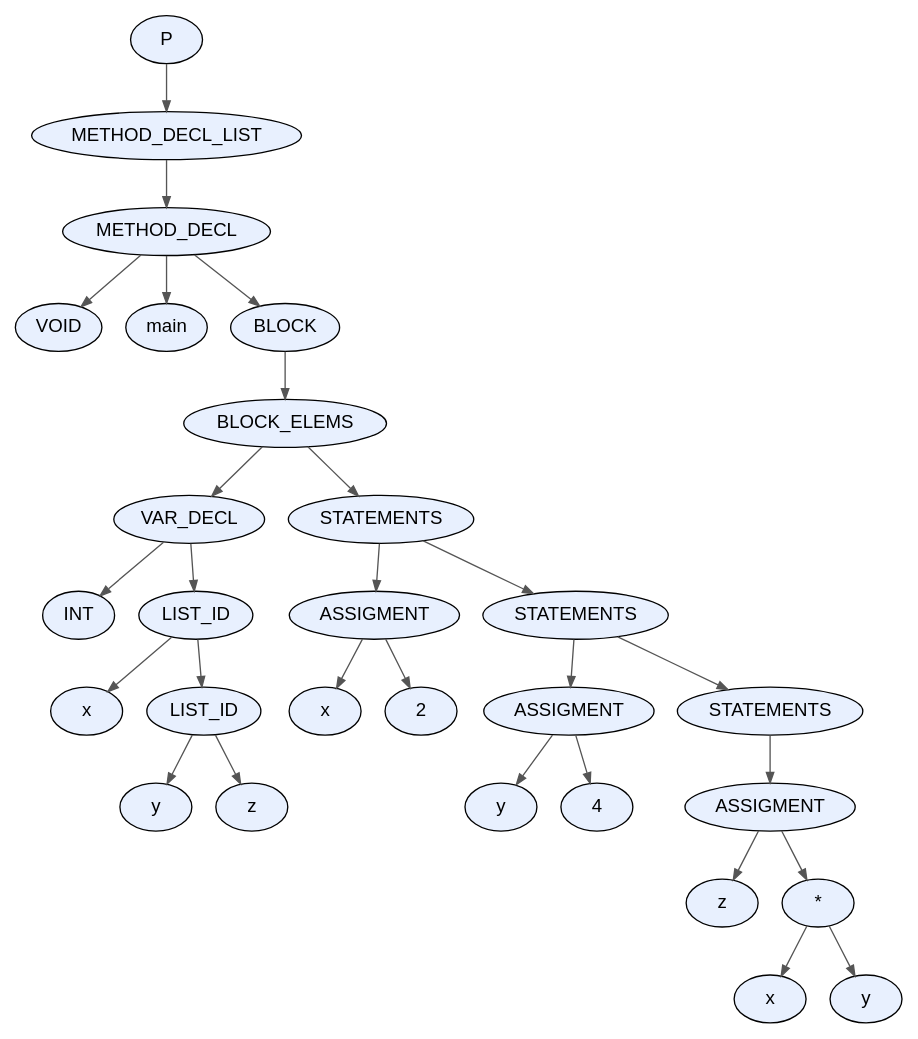
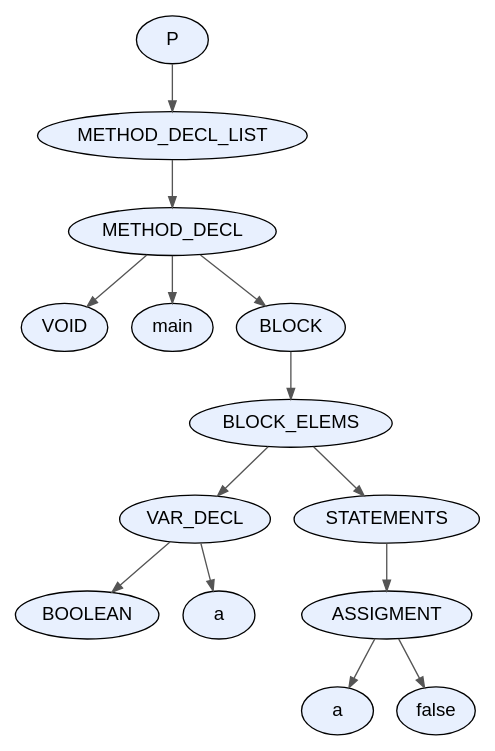
The diagram in proyecto/dot_files/test10.dot (facundo-dario-loser/TDS2026), drawn with Graphviz before and after one commit. The commit also changed 64 other files, not shown here.

```diff
--- a/proyecto/dot_files/test10.dot
+++ b/proyecto/dot_files/test10.dot
@@ -1,59 +1,31 @@
 digraph AST {
   node [fontname="Arial"];
   edge [arrowsize=0.8, color="#555555"];
-  "node_0x59ef1c3de3d0" [label="P", style=filled, fillcolor="#E8F0FE", shape=ellipse, style="rounded,filled"];
-  "node_0x59ef1c3de3d0" -> "node_0x59ef1c3de380";
-  "node_0x59ef1c3de380" [label="METHOD_DECL_LIST", style=filled, fillcolor="#E8F0FE", shape=ellipse, style="rounded,filled"];
-  "node_0x59ef1c3de380" -> "node_0x59ef1c3de330";
-  "node_0x59ef1c3de330" [label="METHOD_DECL", style=filled, fillcolor="#E8F0FE", shape=ellipse, style="rounded,filled"];
-  "node_0x59ef1c3de330" -> "node_0x59ef1c3de270";
-  "node_0x59ef1c3de270" [label="VOID", style=filled, fillcolor="#E8F0FE", shape=ellipse, style="rounded,filled"];
-  "node_0x59ef1c3de330" -> "node_0x59ef1c3de2c0";
-  "node_0x59ef1c3de2c0" [label="main", style=filled, fillcolor="#E8F0FE", shape=ellipse, style="rounded,filled"];
-  "node_0x59ef1c3de330" -> "node_0x59ef1c3de220";
-  "node_0x59ef1c3de220" [label="BLOCK", style=filled, fillcolor="#E8F0FE", shape=ellipse, style="rounded,filled"];
-  "node_0x59ef1c3de220" -> "node_0x59ef1c3de1d0";
-  "node_0x59ef1c3de1d0" [label="BLOCK_ELEMS", style=filled, fillcolor="#E8F0FE", shape=ellipse, style="rounded,filled"];
-  "node_0x59ef1c3de1d0" -> "node_0x59ef1c3ddbe0";
-  "node_0x59ef1c3ddbe0" [label="VAR_DECL", style=filled, fillcolor="#E8F0FE", shape=ellipse, style="rounded,filled"];
-  "node_0x59ef1c3ddbe0" -> "node_0x59ef1c3dd940";
-  "node_0x59ef1c3dd940" [label="INT", style=filled, fillcolor="#E8F0FE", shape=ellipse, style="rounded,filled"];
-  "node_0x59ef1c3ddbe0" -> "node_0x59ef1c3ddb90";
-  "node_0x59ef1c3ddb90" [label="LIST_ID", style=filled, fillcolor="#E8F0FE", shape=ellipse, style="rounded,filled"];
-  "node_0x59ef1c3ddb90" -> "node_0x59ef1c3ddb20";
-  "node_0x59ef1c3ddb20" [label="x", style=filled, fillcolor="#E8F0FE", shape=ellipse, style="rounded,filled"];
-  "node_0x59ef1c3ddb90" -> "node_0x59ef1c3ddad0";
-  "node_0x59ef1c3ddad0" [label="LIST_ID", style=filled, fillcolor="#E8F0FE", shape=ellipse, style="rounded,filled"];
-  "node_0x59ef1c3ddad0" -> "node_0x59ef1c3dda60";
-  "node_0x59ef1c3dda60" [label="y", style=filled, fillcolor="#E8F0FE", shape=ellipse, style="rounded,filled"];
-  "node_0x59ef1c3ddad0" -> "node_0x59ef1c3dd9f0";
-  "node_0x59ef1c3dd9f0" [label="z", style=filled, fillcolor="#E8F0FE", shape=ellipse, style="rounded,filled"];
-  "node_0x59ef1c3de1d0" -> "node_0x59ef1c3de180";
-  "node_0x59ef1c3de180" [label="STATEMENTS", style=filled, fillcolor="#E8F0FE", shape=ellipse, style="rounded,filled"];
-  "node_0x59ef1c3de180" -> "node_0x59ef1c3ddd10";
-  "node_0x59ef1c3ddd10" [label="ASSIGMENT", style=filled, fillcolor="#E8F0FE", shape=ellipse, style="rounded,filled"];
-  "node_0x59ef1c3ddd10" -> "node_0x59ef1c3ddca0";
-  "node_0x59ef1c3ddca0" [label="x", style=filled, fillcolor="#E8F0FE", shape=ellipse, style="rounded,filled"];
-  "node_0x59ef1c3ddd10" -> "node_0x59ef1c3ddc50";
-  "node_0x59ef1c3ddc50" [label="2", style=filled, fillcolor="#E8F0FE", shape=ellipse, style="rounded,filled"];
-  "node_0x59ef1c3de180" -> "node_0x59ef1c3de130";
-  "node_0x59ef1c3de130" [label="STATEMENTS", style=filled, fillcolor="#E8F0FE", shape=ellipse, style="rounded,filled"];
-  "node_0x59ef1c3de130" -> "node_0x59ef1c3dde40";
-  "node_0x59ef1c3dde40" [label="ASSIGMENT", style=filled, fillcolor="#E8F0FE", shape=ellipse, style="rounded,filled"];
-  "node_0x59ef1c3dde40" -> "node_0x59ef1c3dddd0";
-  "node_0x59ef1c3dddd0" [label="y", style=filled, fillcolor="#E8F0FE", shape=ellipse, style="rounded,filled"];
-  "node_0x59ef1c3dde40" -> "node_0x59ef1c3ddd80";
-  "node_0x59ef1c3ddd80" [label="4", style=filled, fillcolor="#E8F0FE", shape=ellipse, style="rounded,filled"];
-  "node_0x59ef1c3de130" -> "node_0x59ef1c3de0e0";
-  "node_0x59ef1c3de0e0" [label="STATEMENTS", style=filled, fillcolor="#E8F0FE", shape=ellipse, style="rounded,filled"];
-  "node_0x59ef1c3de0e0" -> "node_0x59ef1c3de090";
-  "node_0x59ef1c3de090" [label="ASSIGMENT", style=filled, fillcolor="#E8F0FE", shape=ellipse, style="rounded,filled"];
-  "node_0x59ef1c3de090" -> "node_0x59ef1c3de020";
-  "node_0x59ef1c3de020" [label="z", style=filled, fillcolor="#E8F0FE", shape=ellipse, style="rounded,filled"];
-  "node_0x59ef1c3de090" -> "node_0x59ef1c3ddfd0";
-  "node_0x59ef1c3ddfd0" [label="*", style=filled, fillcolor="#E8F0FE", shape=ellipse, style="rounded,filled"];
-  "node_0x59ef1c3ddfd0" -> "node_0x59ef1c3dded0";
-  "node_0x59ef1c3dded0" [label="x", style=filled, fillcolor="#E8F0FE", shape=ellipse, style="rounded,filled"];
-  "node_0x59ef1c3ddfd0" -> "node_0x59ef1c3ddf60";
-  "node_0x59ef1c3ddf60" [label="y", style=filled, fillcolor="#E8F0FE", shape=ellipse, style="rounded,filled"];
+  "node_0x5aeb1fd66b40" [label="P", style=filled, fillcolor="#E8F0FE", shape=ellipse, style="rounded,filled"];
+  "node_0x5aeb1fd66b40" -> "node_0x5aeb1fd66af0";
+  "node_0x5aeb1fd66af0" [label="METHOD_DECL_LIST", style=filled, fillcolor="#E8F0FE", shape=ellipse, style="rounded,filled"];
+  "node_0x5aeb1fd66af0" -> "node_0x5aeb1fd66aa0";
+  "node_0x5aeb1fd66aa0" [label="METHOD_DECL", style=filled, fillcolor="#E8F0FE", shape=ellipse, style="rounded,filled"];
+  "node_0x5aeb1fd66aa0" -> "node_0x5aeb1fd669e0";
+  "node_0x5aeb1fd669e0" [label="VOID", style=filled, fillcolor="#E8F0FE", shape=ellipse, style="rounded,filled"];
+  "node_0x5aeb1fd66aa0" -> "node_0x5aeb1fd66a30";
+  "node_0x5aeb1fd66a30" [label="main", style=filled, fillcolor="#E8F0FE", shape=ellipse, style="rounded,filled"];
+  "node_0x5aeb1fd66aa0" -> "node_0x5aeb1fd66990";
+  "node_0x5aeb1fd66990" [label="BLOCK", style=filled, fillcolor="#E8F0FE", shape=ellipse, style="rounded,filled"];
+  "node_0x5aeb1fd66990" -> "node_0x5aeb1fd66940";
+  "node_0x5aeb1fd66940" [label="BLOCK_ELEMS", style=filled, fillcolor="#E8F0FE", shape=ellipse, style="rounded,filled"];
+  "node_0x5aeb1fd66940" -> "node_0x5aeb1fd66630";
+  "node_0x5aeb1fd66630" [label="VAR_DECL", style=filled, fillcolor="#E8F0FE", shape=ellipse, style="rounded,filled"];
+  "node_0x5aeb1fd66630" -> "node_0x5aeb1fd66550";
+  "node_0x5aeb1fd66550" [label="BOOLEAN", style=filled, fillcolor="#E8F0FE", shape=ellipse, style="rounded,filled"];
+  "node_0x5aeb1fd66630" -> "node_0x5aeb1fd665c0";
+  "node_0x5aeb1fd665c0" [label="a", style=filled, fillcolor="#E8F0FE", shape=ellipse, style="rounded,filled"];
+  "node_0x5aeb1fd66940" -> "node_0x5aeb1fd668f0";
+  "node_0x5aeb1fd668f0" [label="STATEMENTS", style=filled, fillcolor="#E8F0FE", shape=ellipse, style="rounded,filled"];
+  "node_0x5aeb1fd668f0" -> "node_0x5aeb1fd668a0";
+  "node_0x5aeb1fd668a0" [label="ASSIGMENT", style=filled, fillcolor="#E8F0FE", shape=ellipse, style="rounded,filled"];
+  "node_0x5aeb1fd668a0" -> "node_0x5aeb1fd66830";
+  "node_0x5aeb1fd66830" [label="a", style=filled, fillcolor="#E8F0FE", shape=ellipse, style="rounded,filled"];
+  "node_0x5aeb1fd668a0" -> "node_0x5aeb1fd67340";
+  "node_0x5aeb1fd67340" [label="false", style=filled, fillcolor="#E8F0FE", shape=ellipse, style="rounded,filled"];
 }
```
